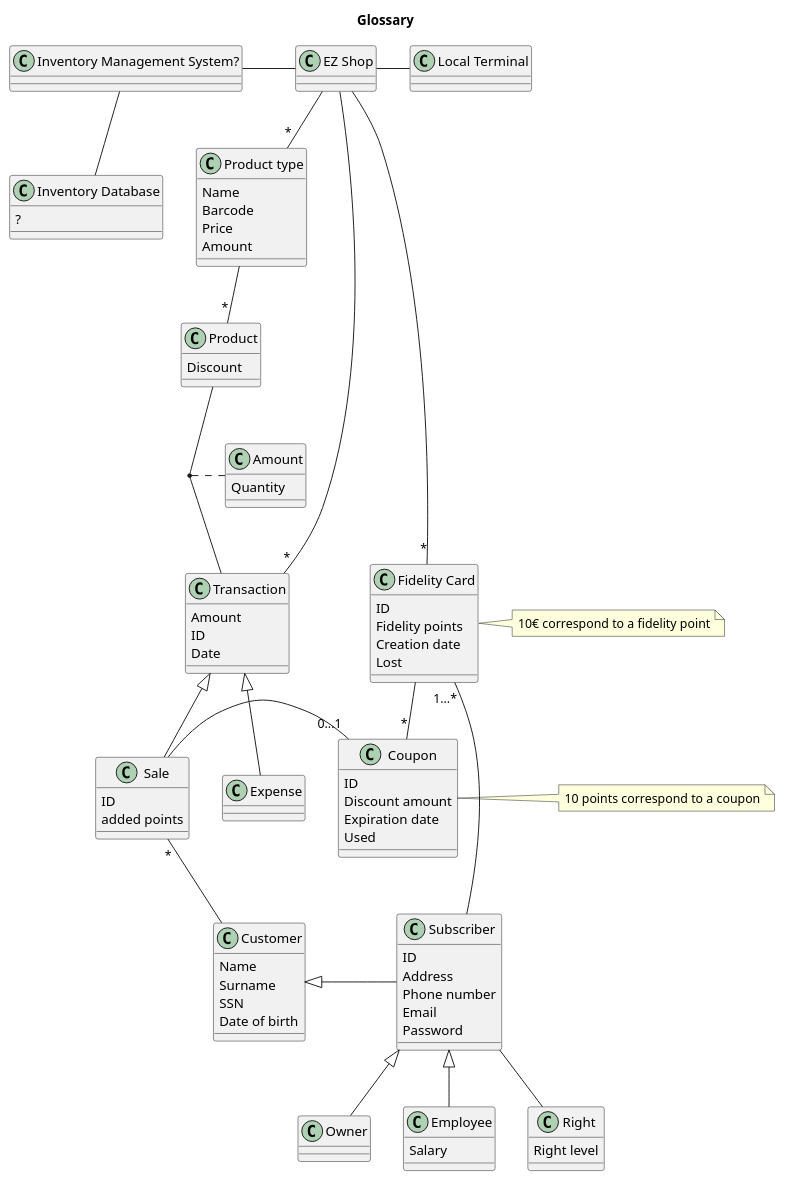
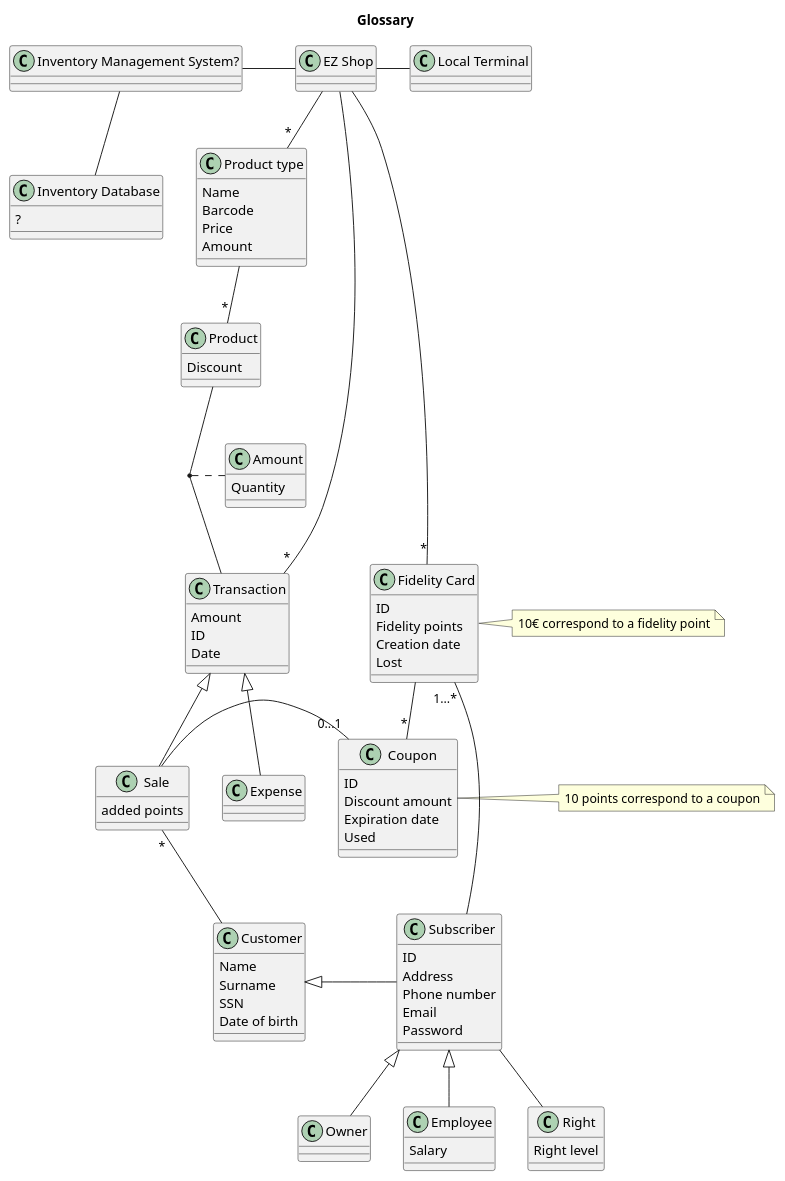
Before and after one commit to nicolabattaglino/ezshop: the second of 4 diagrams in Deliverables/RequirementsDocument.md, drawn with PlantUML.

```diff
--- a/Deliverables/RequirementsDocument.md
+++ b/Deliverables/RequirementsDocument.md
@@ -237,7 +237,6 @@
 }
 
 class "Sale" as sale{
-ID
 added points
 }
 
```
